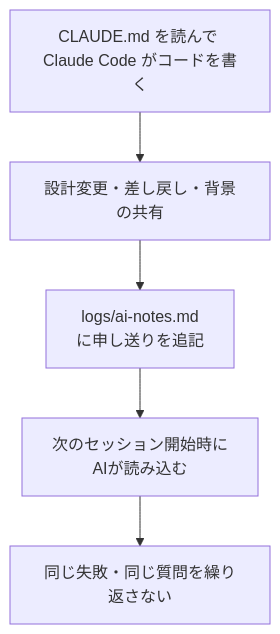
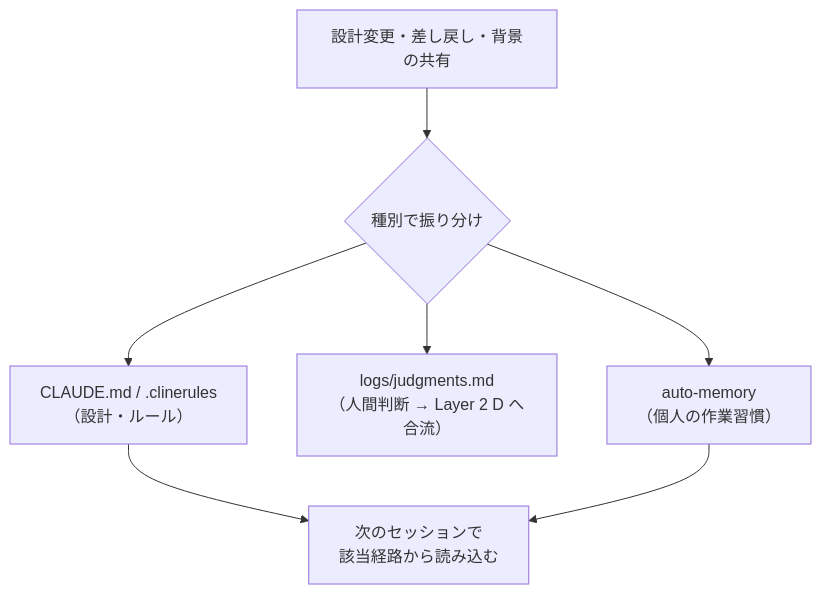
Before and after one commit to shinkawamisaki/gcp-base: the third of 7 diagrams in docs/QUALITY_FEEDBACK_LOOP.md, drawn with Mermaid. The commit also changed other lines of this file and 1 other file, not shown here.

Commit message:
[gcp-base] chore: ai-notes 廃止を反映（.clinerules §8 削除 + QFL Layer 0 書換）
Cline 時代の申し送りノート(logs/ai-notes.md)の役割は3経路に分業された
（設計・ルール→CLAUDE.md/.clinerules、人間判断→judgments.md、作業習慣→
auto-memory）。gcp-base では logs/ は元々未追跡(PUBLIC)のため ai-notes.md
ファイル自体は存在しないが、.clinerules §8 と QFL Layer 0 が現役機構として
残存していたため実態に合わせて除去・書換する。project-23378 検証済み(PR #21)
の反映。logs 再追跡は PRIVATE 限定のため gcp-base には反映しない。

````diff
--- a/docs/QUALITY_FEEDBACK_LOOP.md
+++ b/docs/QUALITY_FEEDBACK_LOOP.md
@@ -65,10 +73,16 @@
 ```mermaid
 flowchart TD
-    CODE["CLAUDE.md を読んで Claude Code がコードを書く"]
     EVENT["設計変更・差し戻し・背景の共有"]
-    NOTES["logs/ai-notes.md<br>に申し送りを追記"]
-    NEXT["次のセッション開始時に<br>AIが読み込む"]
-    RESULT["同じ失敗・同じ質問を繰り返さない"]
+    R{種別で振り分け}
+    RULE["CLAUDE.md / .clinerules<br>（設計・ルール）"]
+    JUDGE["logs/judgments.md<br>（人間判断 → Layer 2 D へ合流）"]
+    MEM["auto-memory<br>（個人の作業習慣）"]
+    NEXT["次のセッションで<br>該当経路から読み込む"]
 
-    CODE --> EVENT --> NOTES --> NEXT --> RESULT
+    EVENT --> R
+    R --> RULE
+    R --> JUDGE
+    R --> MEM
+    RULE --> NEXT
+    MEM --> NEXT
 ```
````
